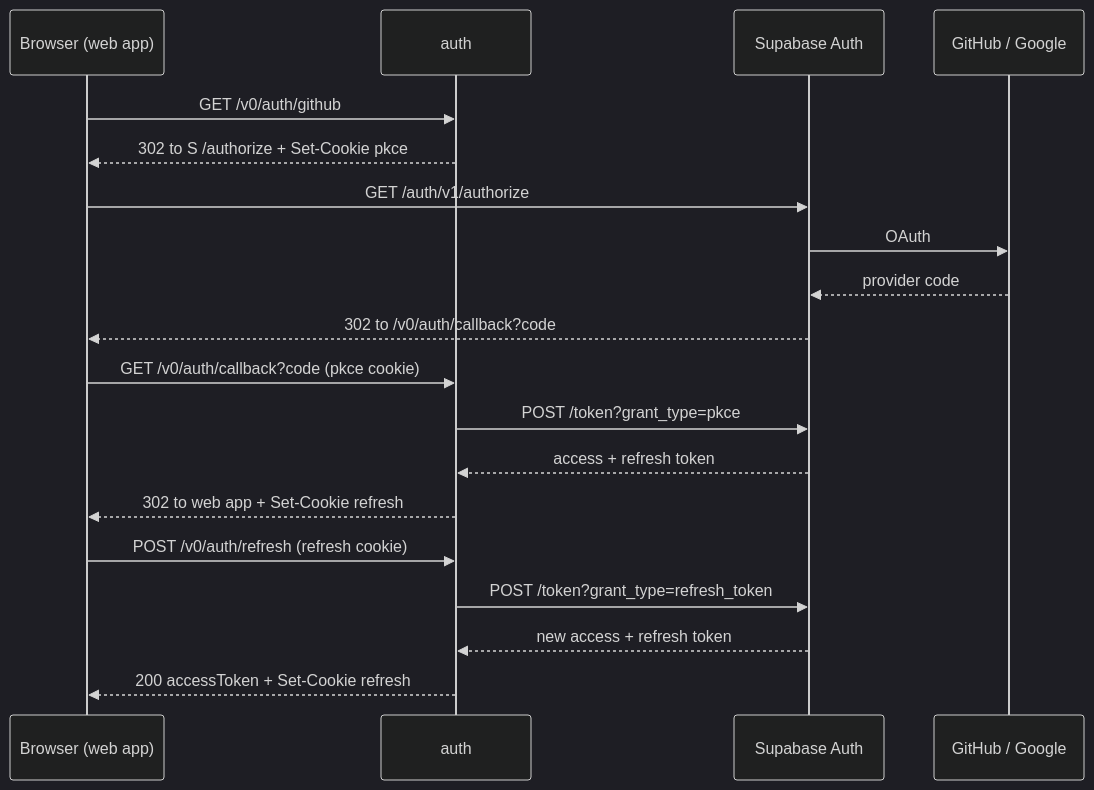
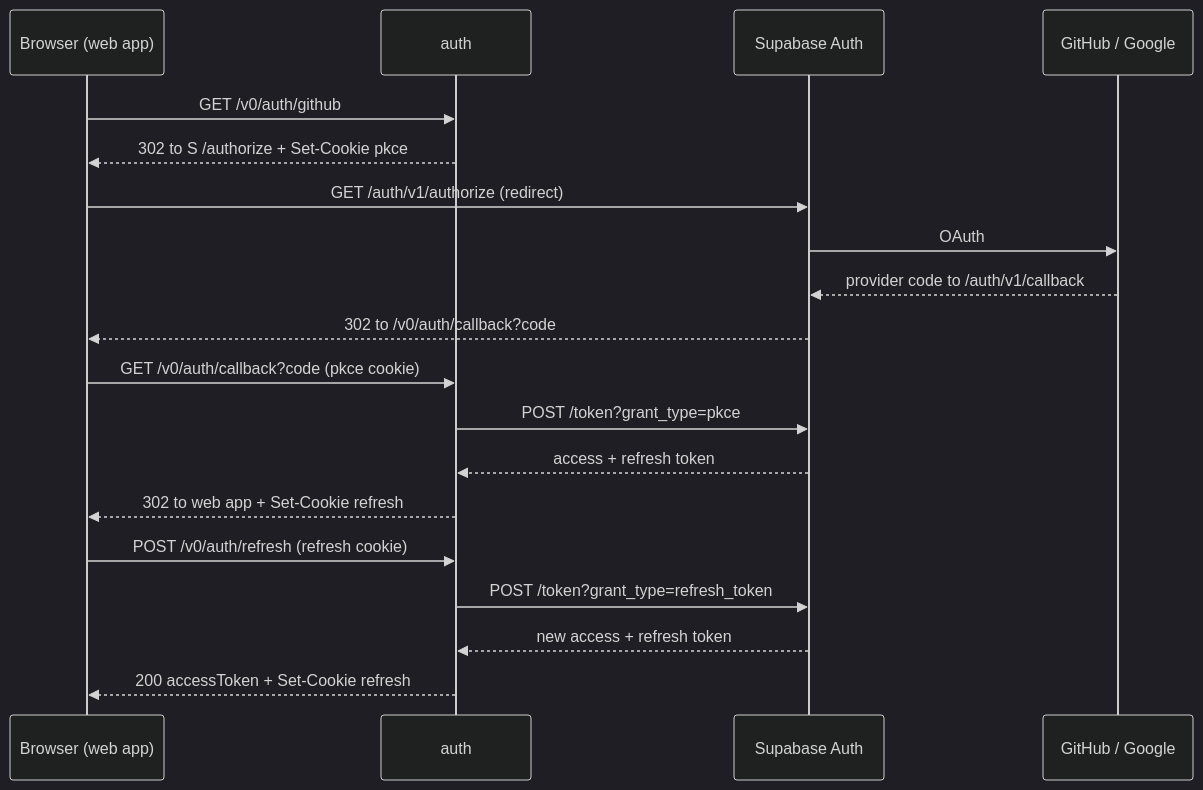
The diagram in auth/DESIGN.md (brojyf/keysy), drawn with Mermaid (dark theme) before and after one commit. The commit also changed other lines of this file, not shown here.

Commit message:
docs(auth): route all auth calls through the service and add pitfalls

````diff
--- a/auth/DESIGN.md
+++ b/auth/DESIGN.md
@@ -77,21 +94,21 @@
 ```mermaid
 sequenceDiagram
   participant B as Browser (web app)
   participant A as auth
   participant S as Supabase Auth
   participant P as GitHub / Google
   B->>A: GET /v0/auth/github
   A-->>B: 302 to S /authorize + Set-Cookie pkce
-  B->>S: GET /auth/v1/authorize
+  B->>S: GET /auth/v1/authorize (redirect)
   S->>P: OAuth
-  P-->>S: provider code
+  P-->>S: provider code to /auth/v1/callback
   S-->>B: 302 to /v0/auth/callback?code
   B->>A: GET /v0/auth/callback?code (pkce cookie)
   A->>S: POST /token?grant_type=pkce
   S-->>A: access + refresh token
   A-->>B: 302 to web app + Set-Cookie refresh
   B->>A: POST /v0/auth/refresh (refresh cookie)
   A->>S: POST /token?grant_type=refresh_token
   S-->>A: new access + refresh token
   A-->>B: 200 accessToken + Set-Cookie refresh
 ```
````
